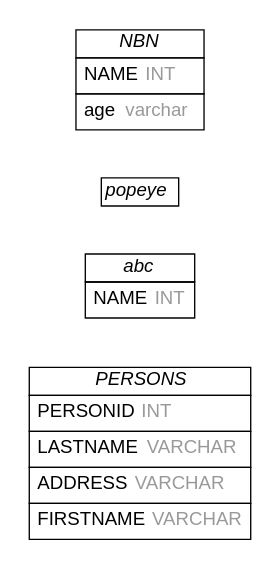
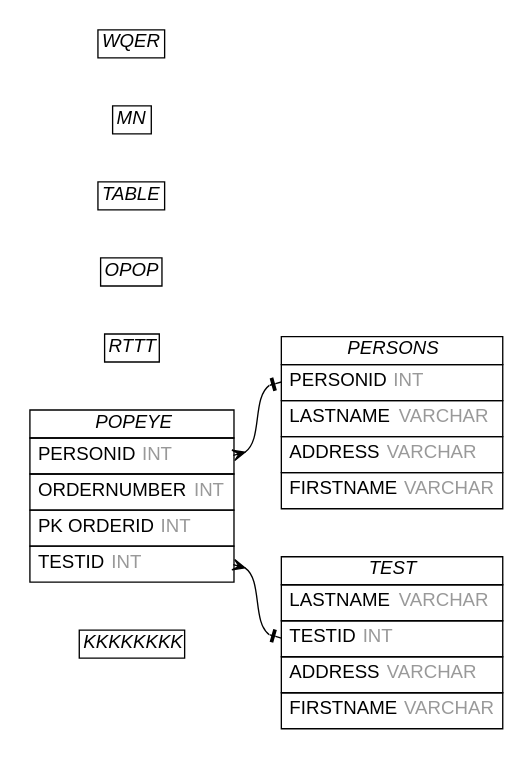
The diagram in graphoutput.dot (manpreet2201/DBMSfromScratch), drawn with Graphviz before and after one commit. The commit also changed 4 other files, not shown here.

Commit message:
Added code to identify ERD relationships

```diff
--- a/graphoutput.dot
+++ b/graphoutput.dot
@@ -1,53 +1,92 @@
 /* created with ERDot < https://github.com/ehne/ERDot > */
 digraph G {
     graph [
         nodesep=0.5;
         rankdir="LR";
         cencentrate=true;
         splines="spline";
         fontname="Helvetica";
         pad="0.2,0.2",
         label="",
         
     ];
     
     node [shape=plain, fontname="Helvetica"];
     edge [
         dir=both,
         fontsize=12,
         arrowsize=0.9,
         penwidth=1.0,
         labelangle=32,
         labeldistance=1.8,
         fontname="Helvetica"
     ];
     
+    KKKKKKKK [ label=<
+        <table border="0" cellborder="1" cellspacing="0" >
+        <tr><td><i>KKKKKKKK</i></td></tr>
+    </table>>];
     PERSONS [ label=<
         <table border="0" cellborder="1" cellspacing="0" >
         <tr><td><i>PERSONS</i></td></tr>
         <tr><td port="PERSONID" align="left" cellpadding="5">PERSONID <font color="grey60">INT</font></td></tr>
         <tr><td port="LASTNAME" align="left" cellpadding="5">LASTNAME <font color="grey60">VARCHAR</font></td></tr>
         <tr><td port="ADDRESS" align="left" cellpadding="5">ADDRESS <font color="grey60">VARCHAR</font></td></tr>
         <tr><td port="FIRSTNAME" align="left" cellpadding="5">FIRSTNAME <font color="grey60">VARCHAR</font></td></tr>
     </table>>];
-    abc [ label=<
+    RTTT [ label=<
         <table border="0" cellborder="1" cellspacing="0" >
-        <tr><td><i>abc</i></td></tr>
-        <tr><td port="NAME" align="left" cellpadding="5">NAME <font color="grey60">INT</font></td></tr>
+        <tr><td><i>RTTT</i></td></tr>
     </table>>];
-    popeye [ label=<
+    TEST [ label=<
         <table border="0" cellborder="1" cellspacing="0" >
-        <tr><td><i>popeye</i></td></tr>
+        <tr><td><i>TEST</i></td></tr>
+        <tr><td port="LASTNAME" align="left" cellpadding="5">LASTNAME <font color="grey60">VARCHAR</font></td></tr>
+        <tr><td port="TESTID" align="left" cellpadding="5">TESTID <font color="grey60">INT</font></td></tr>
+        <tr><td port="ADDRESS" align="left" cellpadding="5">ADDRESS <font color="grey60">VARCHAR</font></td></tr>
+        <tr><td port="FIRSTNAME" align="left" cellpadding="5">FIRSTNAME <font color="grey60">VARCHAR</font></td></tr>
     </table>>];
-    NBN [ label=<
+    OPOP [ label=<
         <table border="0" cellborder="1" cellspacing="0" >
-        <tr><td><i>NBN</i></td></tr>
-        <tr><td port="NAME" align="left" cellpadding="5">NAME <font color="grey60">INT</font></td></tr>
-        <tr><td port="age" align="left" cellpadding="5">age <font color="grey60">varchar</font></td></tr>
+        <tr><td><i>OPOP</i></td></tr>
     </table>>];
+    TABLE [ label=<
+        <table border="0" cellborder="1" cellspacing="0" >
+        <tr><td><i>TABLE</i></td></tr>
+    </table>>];
+    MN [ label=<
+        <table border="0" cellborder="1" cellspacing="0" >
+        <tr><td><i>MN</i></td></tr>
+    </table>>];
+    WQER [ label=<
+        <table border="0" cellborder="1" cellspacing="0" >
+        <tr><td><i>WQER</i></td></tr>
+    </table>>];
+    POPEYE [ label=<
+        <table border="0" cellborder="1" cellspacing="0" >
+        <tr><td><i>POPEYE</i></td></tr>
+        <tr><td port="PERSONID" align="left" cellpadding="5">PERSONID <font color="grey60">INT</font></td></tr>
+        <tr><td port="ORDERNUMBER" align="left" cellpadding="5">ORDERNUMBER <font color="grey60">INT</font></td></tr>
+        <tr><td port="ORDERID" align="left" cellpadding="5">PK ORDERID <font color="grey60">INT</font></td></tr>
+        <tr><td port="TESTID" align="left" cellpadding="5">TESTID <font color="grey60">INT</font></td></tr>
+    </table>>];
+
+
+    POPEYE:PERSONID->PERSONS:PERSONID [
+        arrowhead=noneotee,
+
+        arrowtail=ocrow,
+    ];
+
+
+    POPEYE:TESTID->TEST:TESTID [
+        arrowhead=noneotee,
+
+        arrowtail=ocrow,
+    ];
 
 
 
     
 
 }
```
